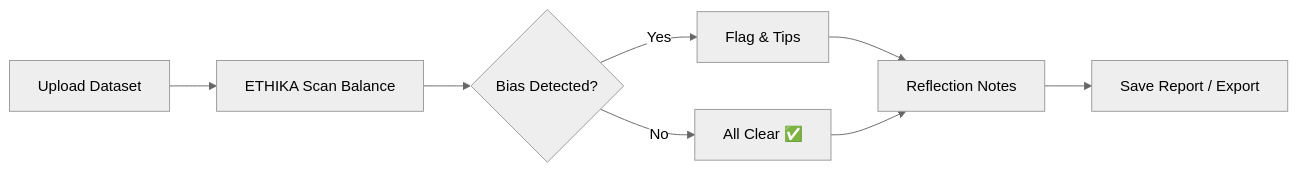
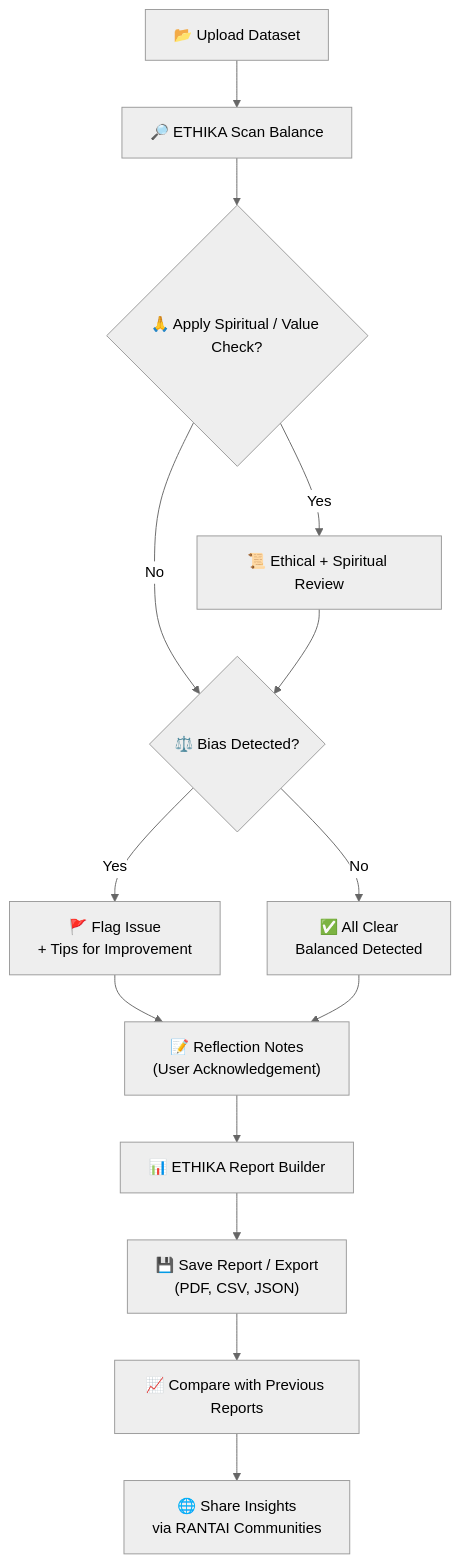
The first of 3 diagrams in README.md (mrbrightsides/rantai-ethika), drawn with Mermaid (neutral theme) before and after one commit. The commit also changed other lines of this file, not shown here.

First line of the commit message:
Enhance README with workflow diagrams

````diff
--- a/README.md
+++ b/README.md
@@ -78,10 +78,20 @@
 ```mermaid
-flowchart LR
-  A["Upload Dataset"] --> B["ETHIKA Scan Balance"]
-  B --> C{"Bias Detected?"}
-  C -- Yes --> D["Flag & Tips"]
-  C -- No --> E["All Clear ✅"]
-  D --> F["Reflection Notes"]
-  E --> F
-  F --> G["Save Report / Export"]
+flowchart TD
+  A["📂 Upload Dataset"] --> B["🔎 ETHIKA Scan Balance"]
+  B --> X{"🙏 Apply Spiritual / Value Check?"}
+  
+  X -- "Yes" --> Y["📜 Ethical + Spiritual Review"]
+  X -- "No" --> C{"⚖️ Bias Detected?"}
+  Y --> C
+
+  C -- "Yes" --> D["🚩 Flag Issue<br/>+ Tips for Improvement"]
+  C -- "No" --> E["✅ All Clear<br/>Balanced Detected"]
+  
+  D --> H["📝 Reflection Notes<br/>(User Acknowledgement)"]
+  E --> H
+  
+  H --> I["📊 ETHIKA Report Builder"]
+  I --> J["💾 Save Report / Export<br/>(PDF, CSV, JSON)"]
+  J --> K["📈 Compare with Previous Reports"]
+  K --> L["🌐 Share Insights<br/>via RANTAI Communities"]
 ```
````
